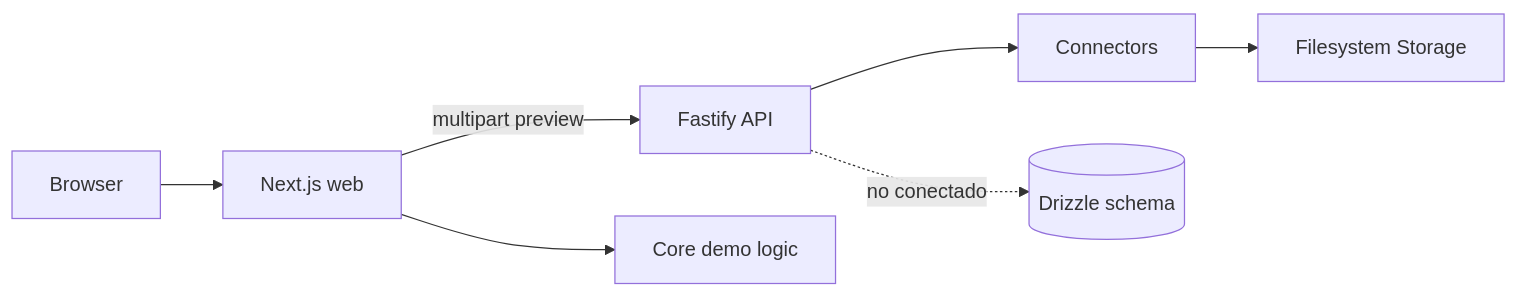
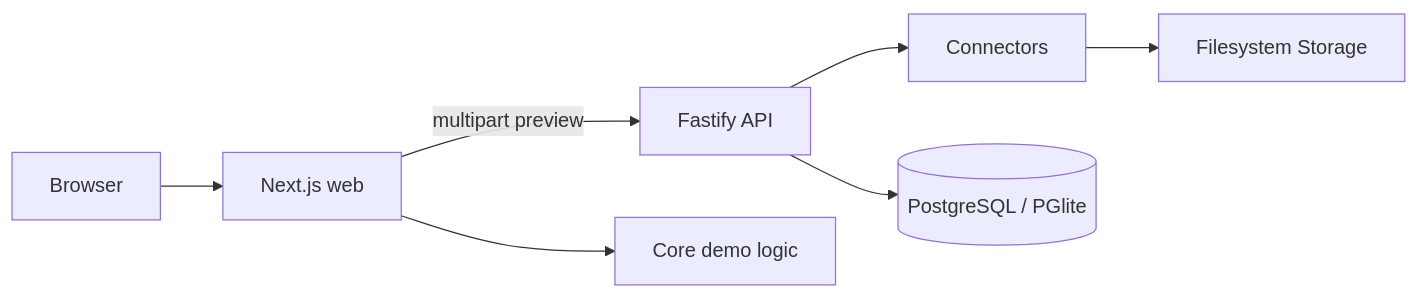
The diagram in docs/architecture.md (ToniIAPro73/anclora-fiscal), drawn with Mermaid before and after one commit. The commit also changed other lines of this file and 10 other files, not shown here.

````diff
--- a/docs/architecture.md
+++ b/docs/architecture.md
@@ -20,9 +20,9 @@
 ```mermaid
 flowchart LR
   Browser --> Web[Next.js web]
   Web -->|multipart preview| API[Fastify API]
   API --> Connectors[Connectors]
   Connectors --> Storage[Filesystem Storage]
   Web --> Core[Core demo logic]
-  API -. no conectado .-> DB[(Drizzle schema)]
+  API --> DB[(PostgreSQL / PGlite)]
 ```
````
